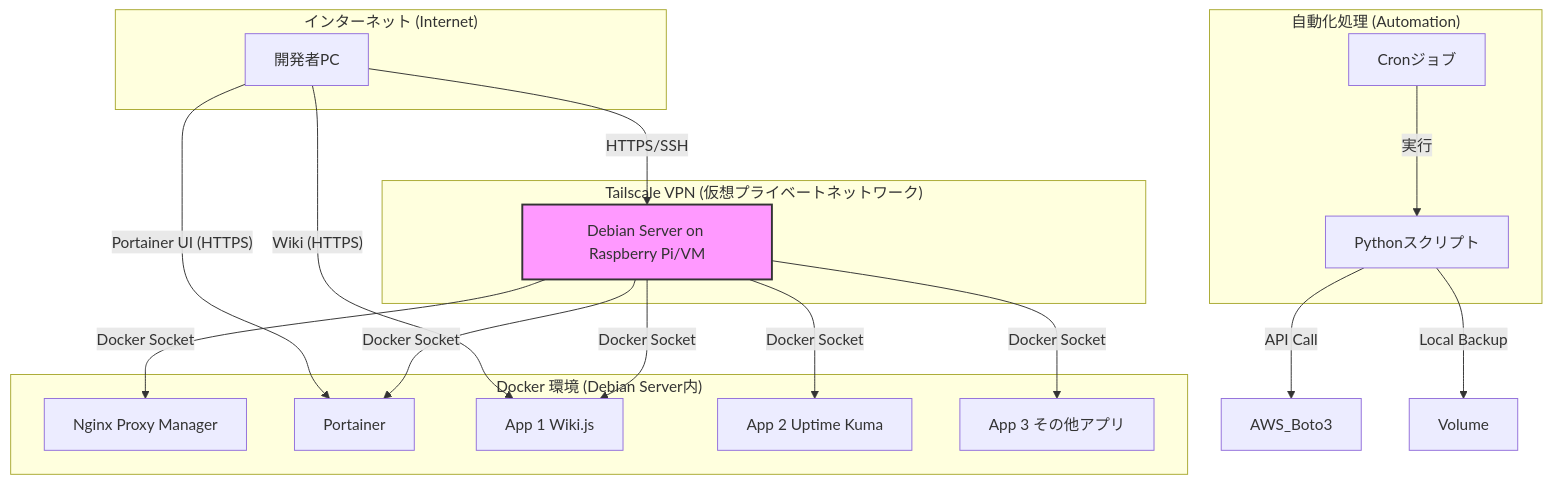
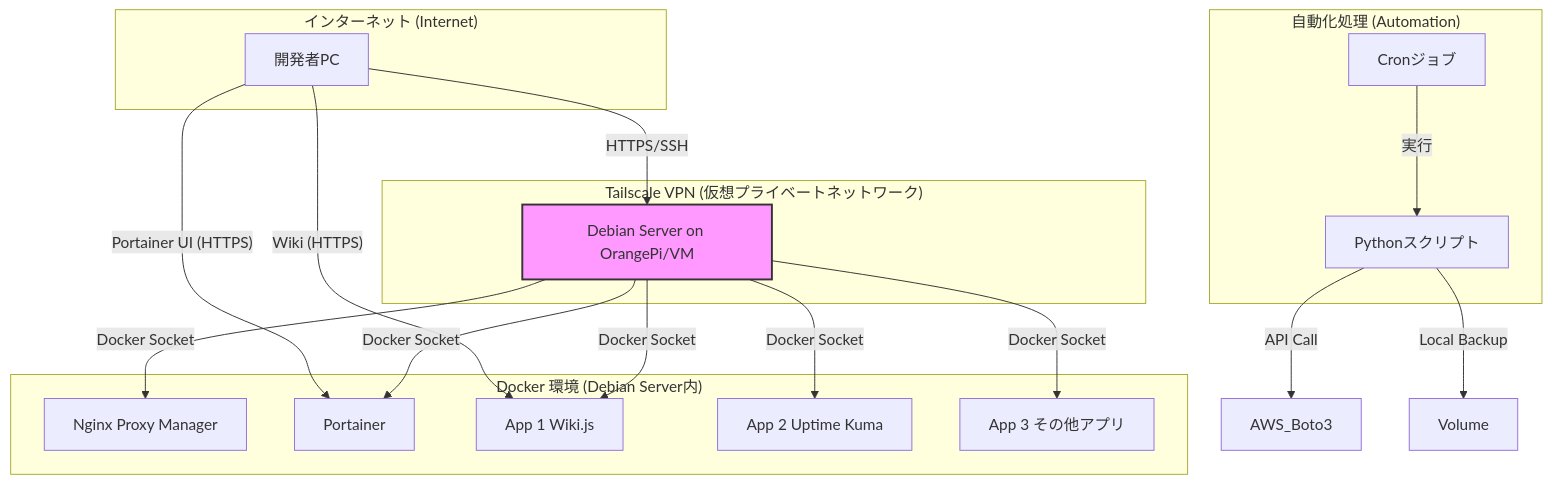
Before and after one commit to qack-dev/homelab: the diagram in README.md, drawn with Mermaid. The commit also changed other lines of this file, not shown here.

````diff
--- a/README.md
+++ b/README.md
@@ -9,32 +9,32 @@
 ```mermaid
 graph TD
     subgraph "インターネット (Internet)"
         A[開発者PC]
     end
     subgraph "Tailscale VPN (仮想プライベートネットワーク)"
-        B[Debian Server on Raspberry Pi/VM]
+        B[Debian Server on OrangePi/VM]
     end
     subgraph "Docker 環境 (Debian Server内)"
         C[Nginx Proxy Manager]
         D[Portainer]
         E[App 1 Wiki.js]
         F[App 2 Uptime Kuma]
         G[App 3 その他アプリ]
     end
     subgraph "自動化処理 (Automation)"
         H[Cronジョブ]
         I[Pythonスクリプト]
     end
     A -- HTTPS/SSH --> B
     B -- Docker Socket --> C
     B -- Docker Socket --> D
     B -- Docker Socket --> E
     B -- Docker Socket --> F
     B -- Docker Socket --> G
     A -- Portainer UI (HTTPS) --> D
     A -- Wiki (HTTPS) --> E
     H -- 実行 --> I
     I -- API Call --> AWS_Boto3
     I -- Local Backup --> Volume
     style B fill:#f9f,stroke:#333,stroke-width:2px
 ```
````
